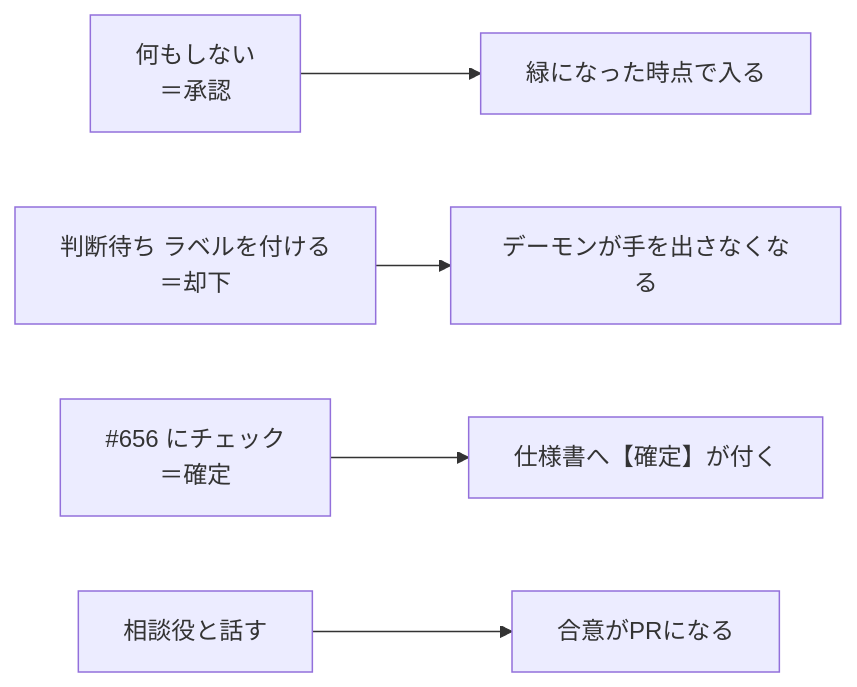
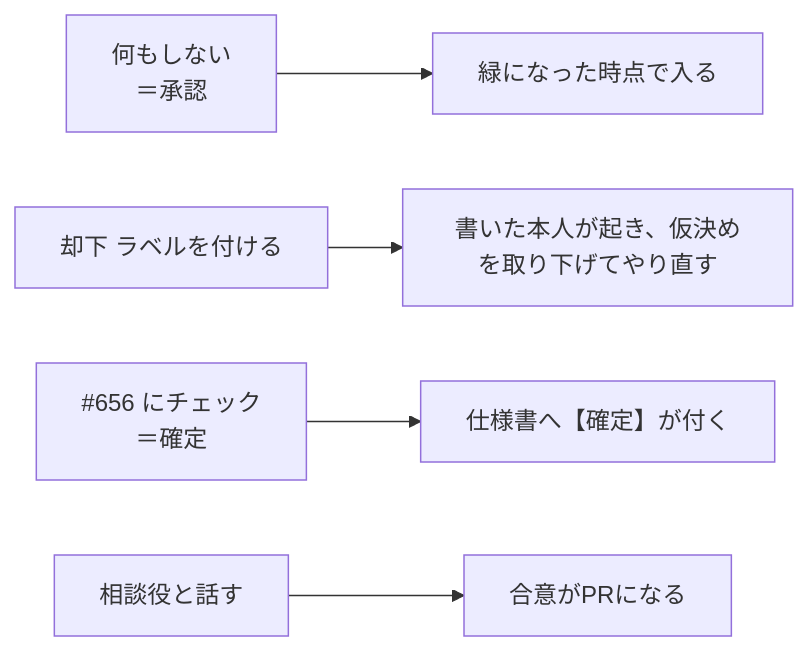
The fourth of 5 diagrams in docs/ParallelAgents.md (gooyyu1/UnmappedIsland), drawn with Mermaid before and after one commit. The commit also changed other lines of this file and 14 other files, not shown here.

````diff
--- a/docs/ParallelAgents.md
+++ b/docs/ParallelAgents.md
@@ -256,7 +256,7 @@
 ```mermaid
 flowchart LR
     A["何もしない<br/>＝承認"] --> Done["緑になった時点で入る"]
-    B["判断待ち ラベルを付ける<br/>＝却下"] --> Fix["デーモンが手を出さなくなる"]
+    B["却下 ラベルを付ける"] --> Fix["書いた本人が起き、仮決めを取り下げてやり直す"]
     C["#656 にチェック<br/>＝確定"] --> Mark["仕様書へ【確定】が付く"]
     D["相談役と話す"] --> Decide["合意がPRになる"]
 ```
````
